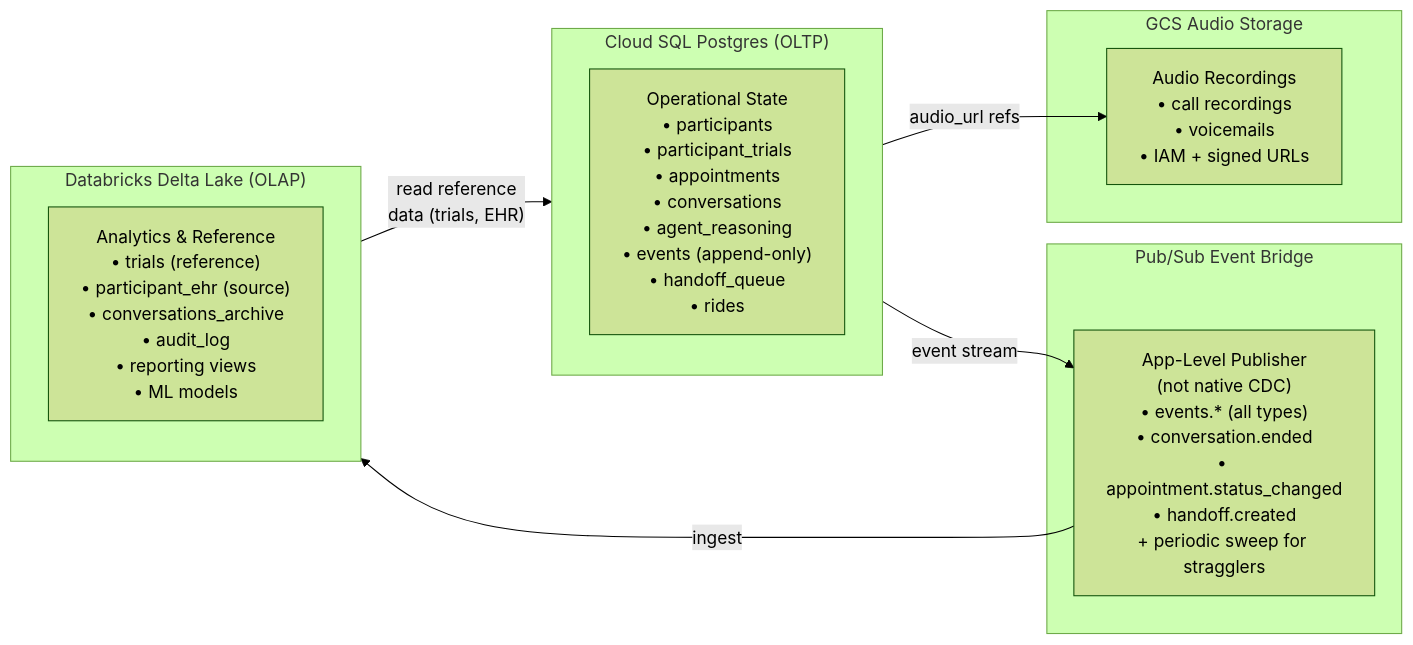
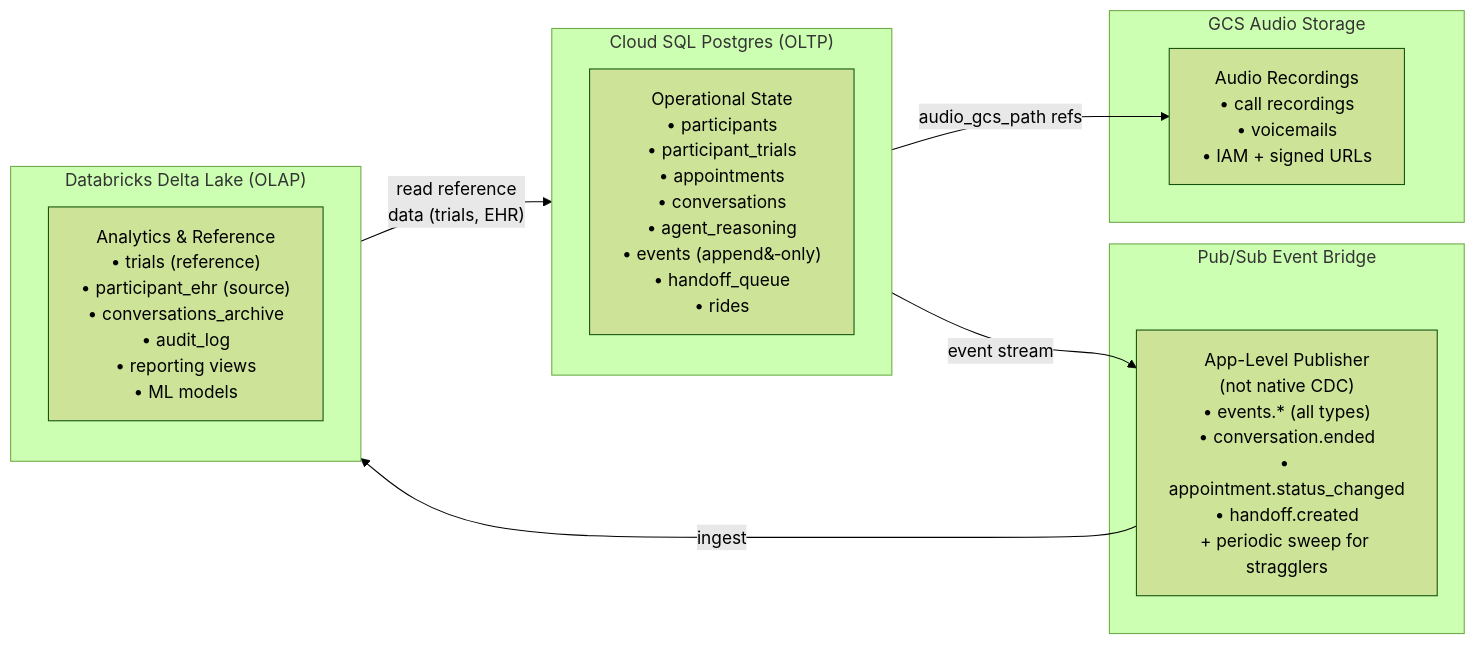
One commit to wilsonwolf/ask_mary changed the sixth of 10 diagrams in local_docs/ask_mary_plan.md. Above: the diagram before and after it, drawn with Mermaid (forest theme). The commit also changed other lines of this file and 1 other file, not shown here.

First line of the commit message:
docs: identity DTMF flow, Lovable→Claude Code, safety gate latency, checklist update

````diff
--- a/local_docs/ask_mary_plan.md
+++ b/local_docs/ask_mary_plan.md
@@ -803,25 +827,25 @@
 ```mermaid
 graph LR
     subgraph "Cloud SQL Postgres (OLTP)"
         direction TB
-        PG["Operational State<br/>• participants<br/>• participant_trials<br/>• appointments<br/>• conversations<br/>• agent_reasoning<br/>• events (append-only)<br/>• handoff_queue<br/>• rides"]
+        PG["Operational State<br/>• participants<br/>• participant_trials<br/>• appointments<br/>• conversations<br/>• agent_reasoning<br/>• events (append&#8209;only)<br/>• handoff_queue<br/>• rides"]
     end
 
     subgraph "Pub/Sub Event Bridge"
         PS["App-Level Publisher<br/>(not native CDC)<br/>• events.* (all types)<br/>• conversation.ended<br/>• appointment.status_changed<br/>• handoff.created<br/>+ periodic sweep for stragglers"]
     end
 
     subgraph "Databricks Delta Lake (OLAP)"
         direction TB
         DB["Analytics & Reference<br/>• trials (reference)<br/>• participant_ehr (source)<br/>• conversations_archive<br/>• audit_log<br/>• reporting views<br/>• ML models"]
     end
 
     subgraph "GCS Audio Storage"
         GCS["Audio Recordings<br/>• call recordings<br/>• voicemails<br/>• IAM + signed URLs"]
     end
 
     PG -->|"event stream"| PS
     PS -->|"ingest"| DB
     DB -->|"read reference<br/>data (trials, EHR)"| PG
-    PG -->|"audio_url refs"| GCS
+    PG -->|"audio_gcs_path refs"| GCS
 ```
````
